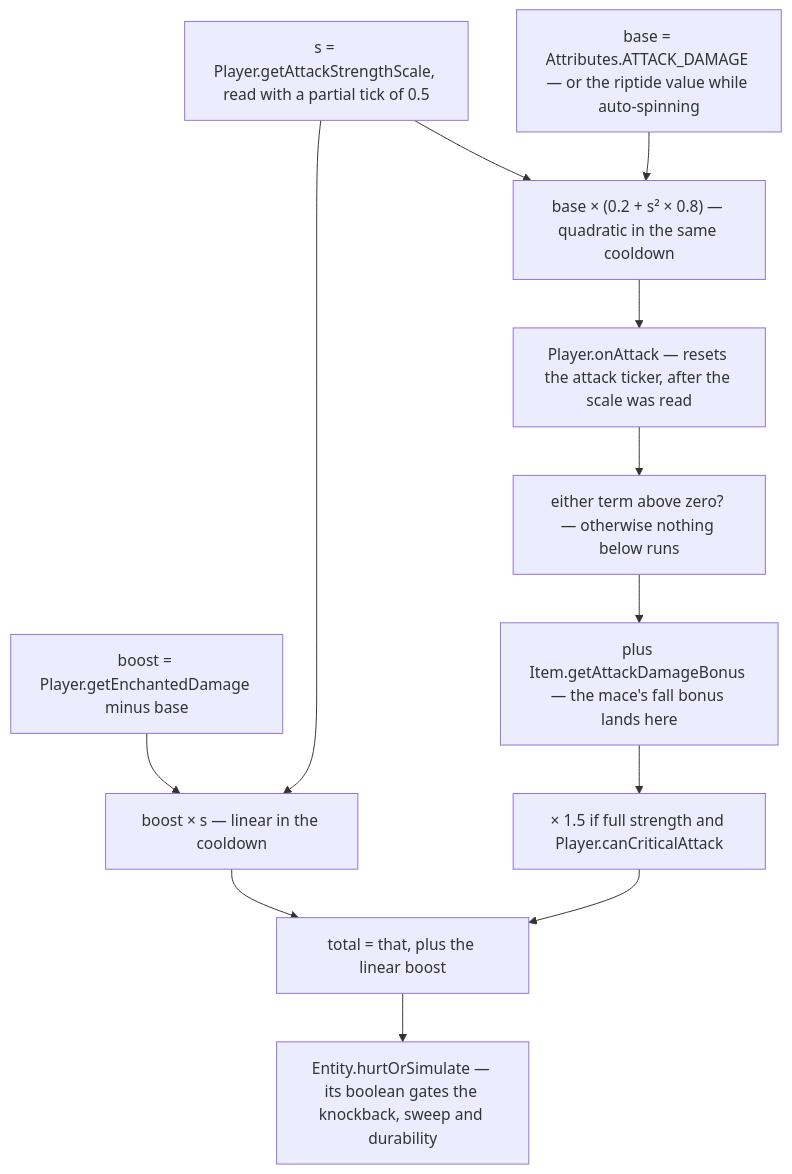
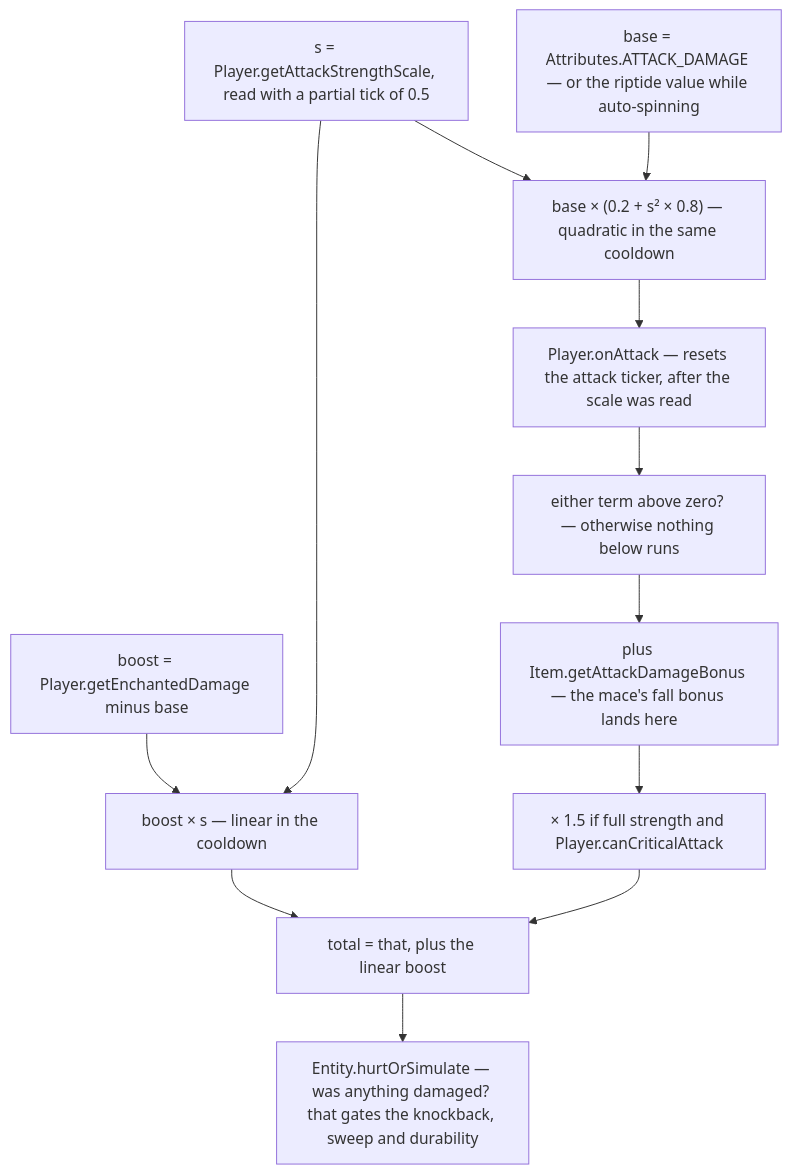
One commit to AlexanderjFraser/MinecraftDocs changed the second of 2 diagrams in src/systems/player/the-sword-swing.md. Above: the diagram before and after it, drawn with Mermaid. The commit also changed other lines of this file and 24 other files, not shown here.

````diff
--- a/src/systems/player/the-sword-swing.md
+++ b/src/systems/player/the-sword-swing.md
@@ -129,25 +129,25 @@
 ```mermaid
 flowchart TD
     S["s = Player.getAttackStrengthScale, read with a partial tick of 0.5"]
     BASE["base = Attributes.ATTACK_DAMAGE — or the riptide value while auto-spinning"]
     BOOST["boost = Player.getEnchantedDamage minus base"]
     BL["boost × s — linear in the cooldown"]
     BQ["base × (0.2 + s² × 0.8) — quadratic in the same cooldown"]
     RESET["Player.onAttack — resets the attack ticker, after the scale was read"]
     GATE["either term above zero? — otherwise nothing below runs"]
     ITEM["plus Item.getAttackDamageBonus — the mace's fall bonus lands here"]
     CRIT["× 1.5 if full strength and Player.canCriticalAttack"]
     TOTAL["total = that, plus the linear boost"]
-    HURT["Entity.hurtOrSimulate — its boolean gates the knockback, sweep and durability"]
+    HURT["Entity.hurtOrSimulate — was anything damaged? that gates the knockback, sweep and durability"]
     S --> BL
     S --> BQ
     BOOST --> BL
     BASE --> BQ
     BQ --> RESET
     RESET --> GATE
     GATE --> ITEM
     ITEM --> CRIT
     CRIT --> TOTAL
     BL --> TOTAL
     TOTAL --> HURT
 ```
````
